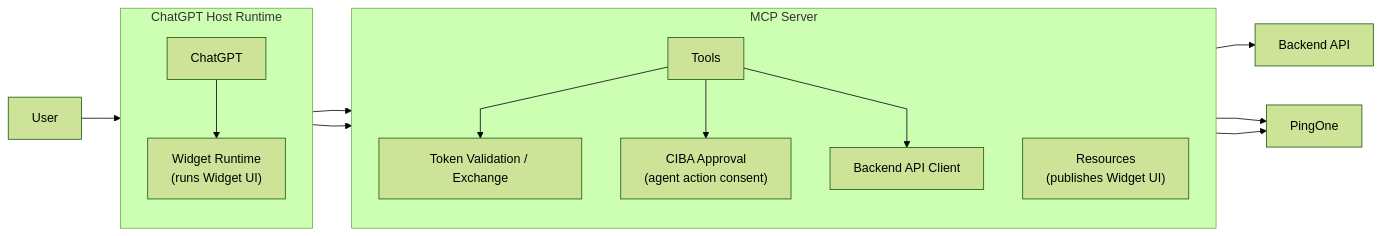
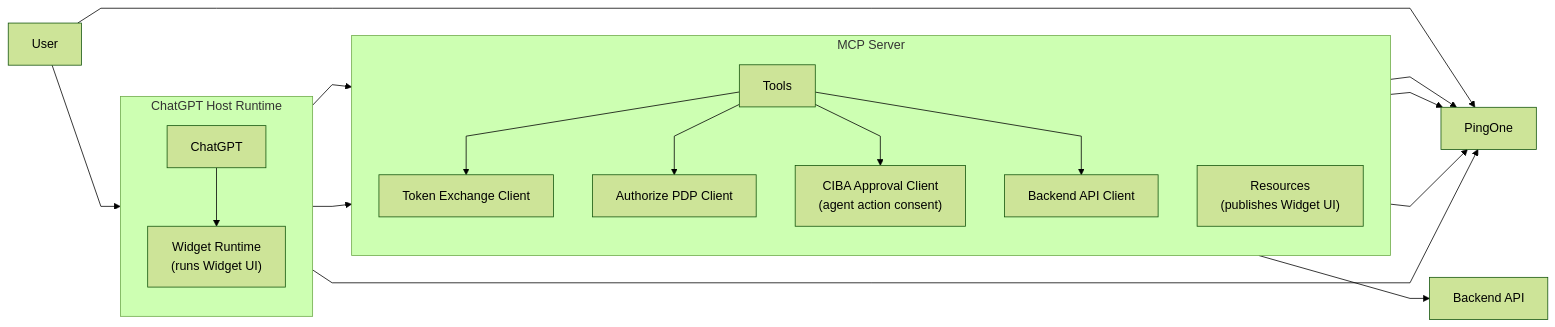
One commit to carbonefederico/ai-myhotels-chatgpt-app changed the first of 4 diagrams in README.md. Above: the diagram before and after it, drawn with Mermaid (forest theme). The commit also changed other lines of this file and 15 other files, not shown here.

Commit message:
Add PingOne Authorize PDP flow

````diff
--- a/README.md
+++ b/README.md
@@ -13,34 +28,39 @@
 ```mermaid
 %%{init: {'flowchart': {'curve': 'linear'}}}%%
 flowchart LR
     U["User"] --> CG
+    U --> P1
 
     subgraph CG["ChatGPT Host Runtime"]
         direction TB
         CORE["ChatGPT"]
         WR["Widget Runtime\n(runs Widget UI)"]
     end
 
     subgraph MCP["MCP Server"]
         direction TB
         TOOLS["Tools"]
         RES["Resources\n(publishes Widget UI)"]
-        AUTH["Token Validation / Exchange"]
-        APPROVAL["CIBA Approval\n(agent action consent)"]
+        AUTH["Token Exchange Client"]
+        PDP["Authorize PDP Client"]
+        APPROVAL["CIBA Approval Client\n(agent action consent)"]
         CLIENT["Backend API Client"]
     end
 
     API["Backend API"]
     P1["PingOne"]
 
     CORE --> TOOLS
     CORE --> RES
     CORE --> WR
+    CORE --> P1
 
     TOOLS --> AUTH
+    TOOLS --> PDP
     TOOLS --> APPROVAL
     TOOLS --> CLIENT
     CLIENT --> API
     AUTH --> P1
+    PDP --> P1
     APPROVAL --> P1
 ```
````
